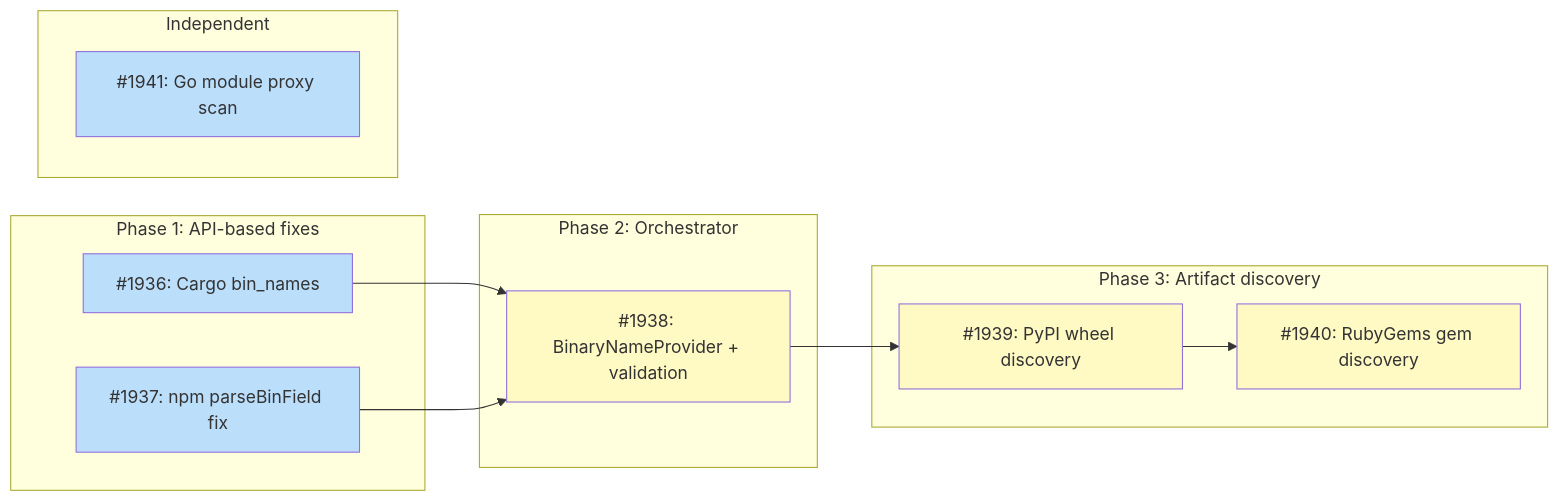
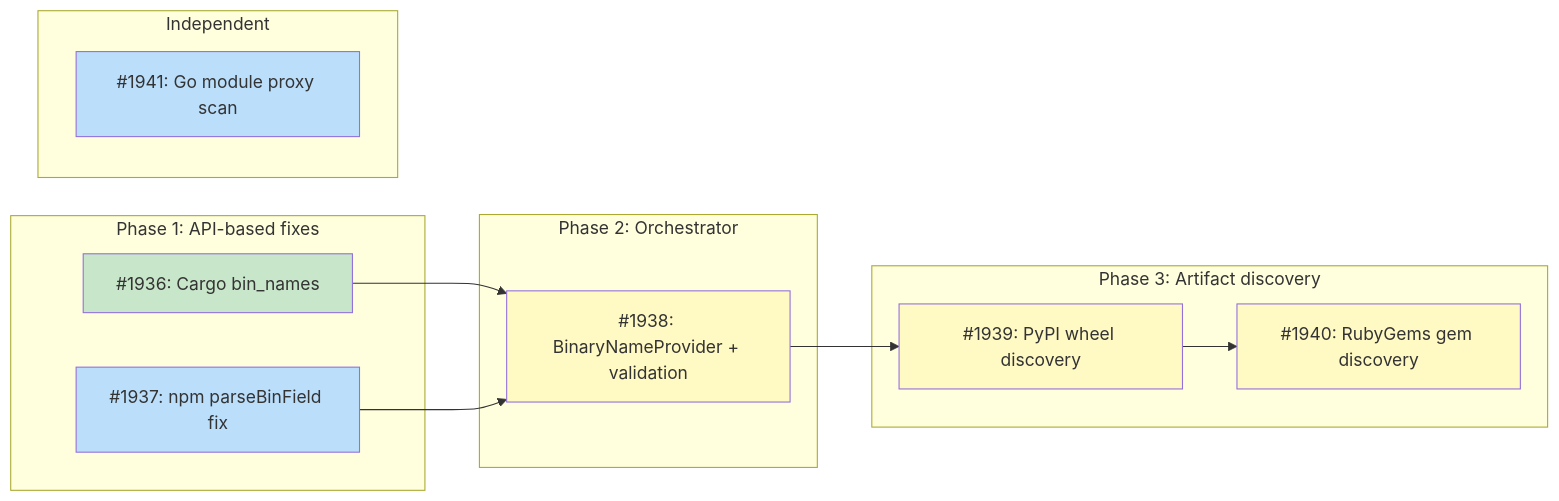
One commit to tsukumogami/tsuku changed the diagram in docs/designs/DESIGN-binary-name-discovery.md. Above: the diagram before and after it, drawn with Mermaid. The commit also changed other lines of this file and 2 other files, not shown here.

Commit message:
docs: update Cargo binary discovery references after #1936
Update ecosystem_cargo.md pseudocode to reflect that executable names
now come from the crates.io API bin_names field instead of repository
manifest parsing. Mark #1936 complete in the design doc.

````diff
--- a/docs/designs/DESIGN-binary-name-discovery.md
+++ b/docs/designs/DESIGN-binary-name-discovery.md
@@ -55,34 +55,35 @@
 ```mermaid
 graph LR
     subgraph Phase1["Phase 1: API-based fixes"]
         I1936["#1936: Cargo bin_names"]
         I1937["#1937: npm parseBinField fix"]
     end
 
     subgraph Phase2["Phase 2: Orchestrator"]
         I1938["#1938: BinaryNameProvider + validation"]
     end
 
     subgraph Phase3["Phase 3: Artifact discovery"]
         I1939["#1939: PyPI wheel discovery"]
         I1940["#1940: RubyGems gem discovery"]
     end
 
     subgraph Independent["Independent"]
         I1941["#1941: Go module proxy scan"]
     end
 
     I1936 --> I1938
     I1937 --> I1938
     I1938 --> I1939
     I1939 --> I1940
 
     classDef done fill:#c8e6c9
     classDef ready fill:#bbdefb
     classDef blocked fill:#fff9c4
     classDef needsDesign fill:#e1bee7
     classDef tracksDesign fill:#FFE0B2,stroke:#F57C00,color:#000
 
-    class I1936,I1937,I1941 ready
+    class I1936 done
+    class I1937,I1941 ready
     class I1938,I1939,I1940 blocked
 ```
````
